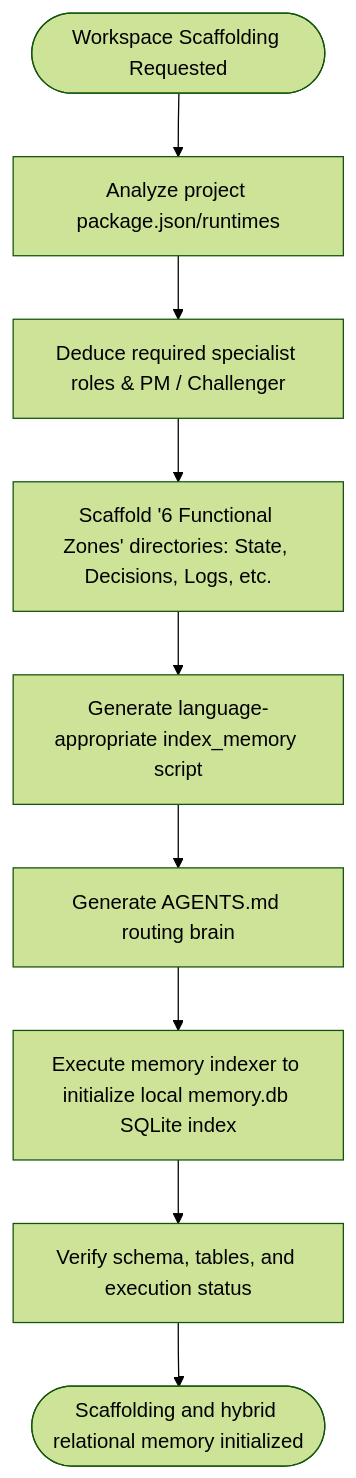
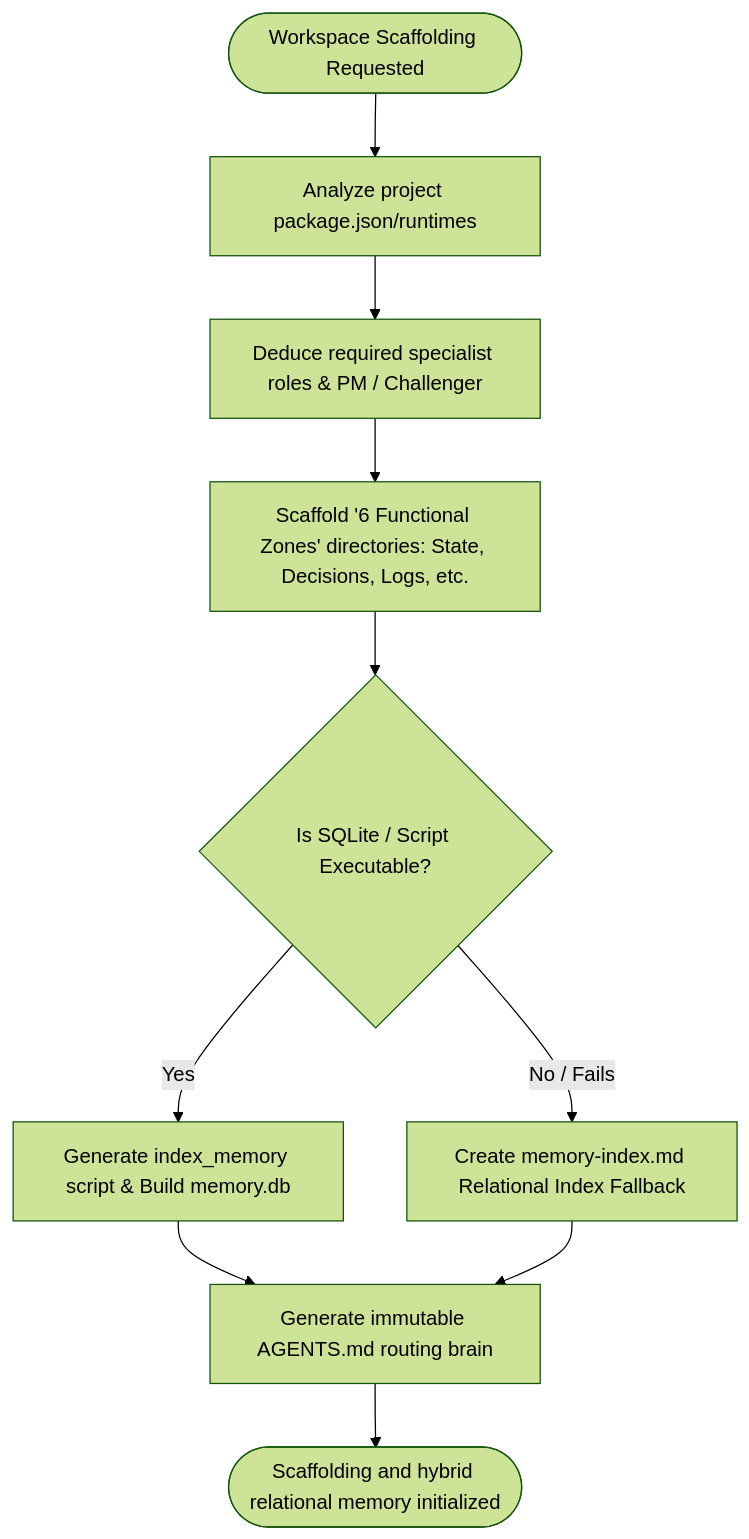
Before and after one commit to dyphn1/Harness-everything: the first of 3 diagrams in docs/workflows/build-multi-agent-system.md, drawn with Mermaid (forest theme). The commit also changed 54 other files, not shown here.

````diff
--- a/docs/workflows/build-multi-agent-system.md
+++ b/docs/workflows/build-multi-agent-system.md
@@ -11,11 +11,15 @@
 ```mermaid
 graph TD
   Start([Workspace Scaffolding Requested]) --> DiscoverStack["Analyze project package.json/runtimes"]
   DiscoverStack --> DeduceRoles["Deduce required specialist roles & PM / Challenger"]
   DeduceRoles --> ScaffoldZones["Scaffold '6 Functional Zones' directories: State, Decisions, Logs, etc."]
-  ScaffoldZones --> GenMemoryIndexer["Generate language-appropriate index_memory script"]
-  GenMemoryIndexer --> GenAgentsRouter["Generate AGENTS.md routing brain"]
-  GenAgentsRouter --> RunIndexer["Execute memory indexer to initialize local memory.db SQLite index"]
-  RunIndexer --> VerifyExecution["Verify schema, tables, and execution status"]
-  VerifyExecution --> End([Scaffolding and hybrid relational memory initialized])
+  ScaffoldZones --> CheckDB{Is SQLite / Script Executable?}
+  
+  CheckDB -->|Yes| GenMemoryIndexer["Generate index_memory script & Build memory.db"]
+  CheckDB -->|No / Fails| MarkdownFallback["Create memory-index.md Relational Index Fallback"]
+  
+  GenMemoryIndexer --> GenAgentsRouter["Generate immutable AGENTS.md routing brain"]
+  MarkdownFallback --> GenAgentsRouter
+  
+  GenAgentsRouter --> End([Scaffolding and hybrid relational memory initialized])
 ```
````
